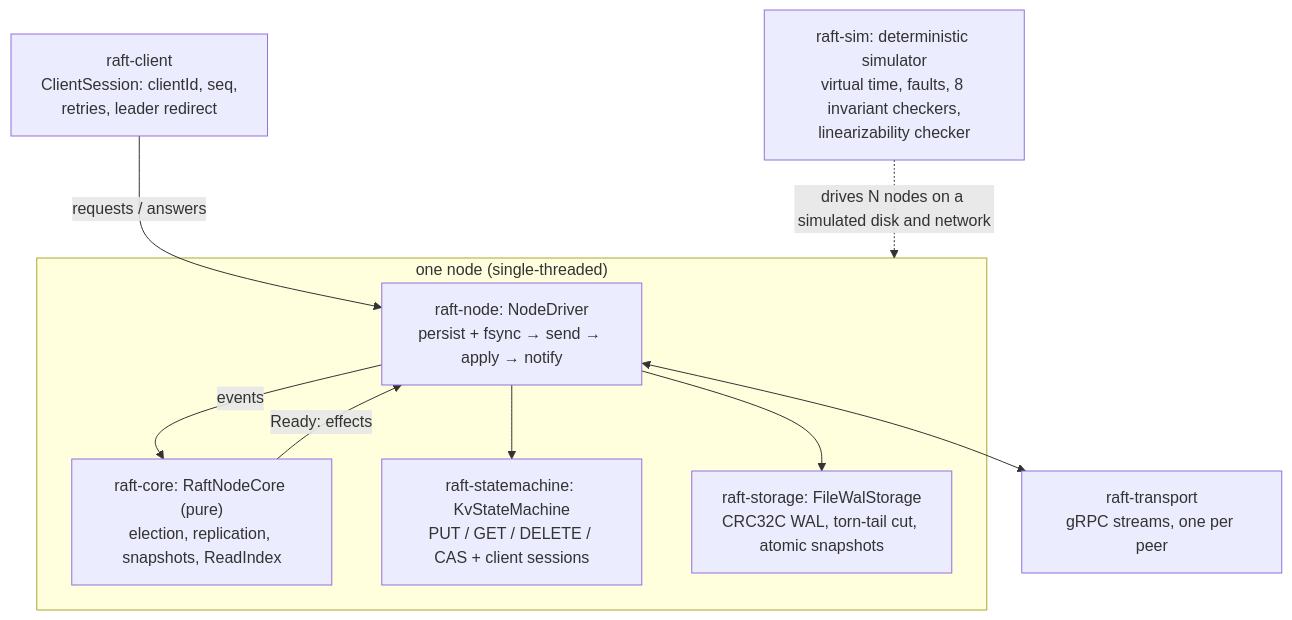
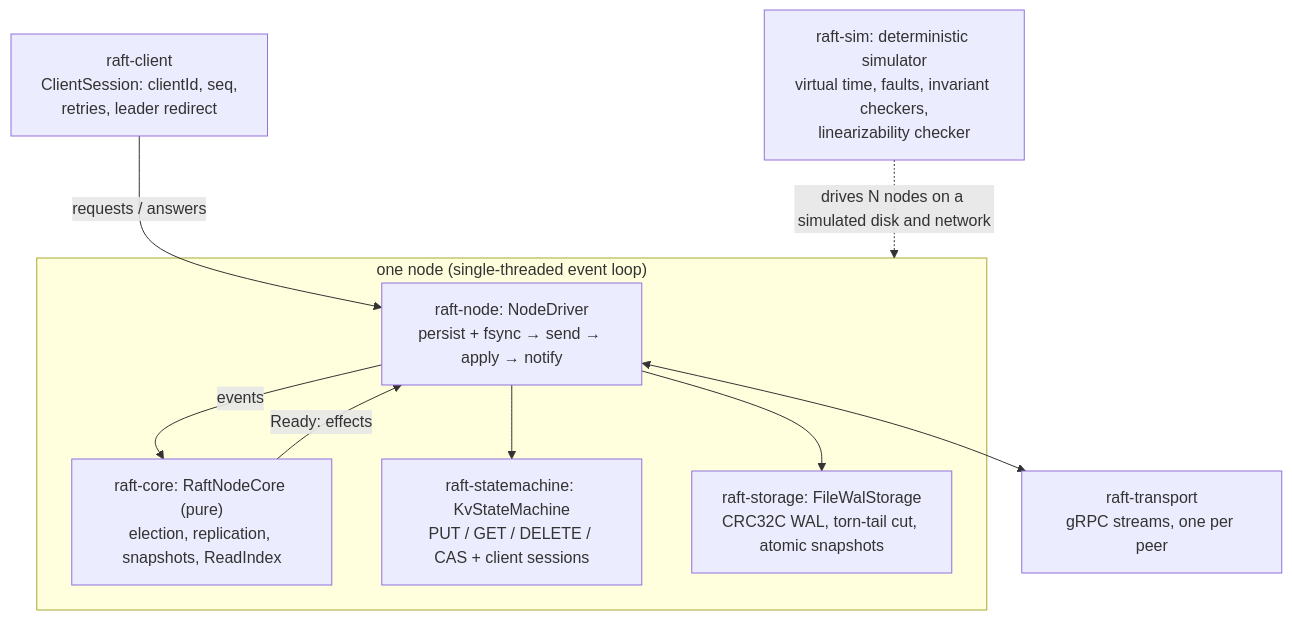
The diagram in README.md (Amoghprakash2k4/raft-KV-store), drawn with Mermaid before and after one commit. The commit also changed other lines of this file and 9 other files, not shown here.

Commit message:
Docs: PDFs of every document in docs/ (rendered diagrams), professional README, fix a broken Mermaid diagram in INTERVIEW_PREP

````diff
--- a/README.md
+++ b/README.md
@@ -11,19 +32,19 @@
 ```mermaid
 flowchart TB
     CL["raft-client<br/>ClientSession: clientId, seq,<br/>retries, leader redirect"]
-    subgraph NODE["one node (single-threaded)"]
+    subgraph NODE["one node (single-threaded event loop)"]
         DRV["raft-node: NodeDriver<br/>persist + fsync → send → apply → notify"]
         CORE["raft-core: RaftNodeCore (pure)<br/>election, replication, snapshots, ReadIndex"]
         SM["raft-statemachine: KvStateMachine<br/>PUT / GET / DELETE / CAS + client sessions"]
         ST["raft-storage: FileWalStorage<br/>CRC32C WAL, torn-tail cut, atomic snapshots"]
     end
     NET["raft-transport<br/>gRPC streams, one per peer"]
-    SIM["raft-sim: deterministic simulator<br/>virtual time, faults, 8 invariant checkers,<br/>linearizability checker"]
+    SIM["raft-sim: deterministic simulator<br/>virtual time, faults, invariant checkers,<br/>linearizability checker"]
     CL -- "requests / answers" --> DRV
     DRV -- "events" --> CORE
     CORE -- "Ready: effects" --> DRV
     DRV --> ST
     DRV --> SM
     DRV <--> NET
     SIM -. "drives N nodes on a simulated disk and network" .-> NODE
 ```
````
